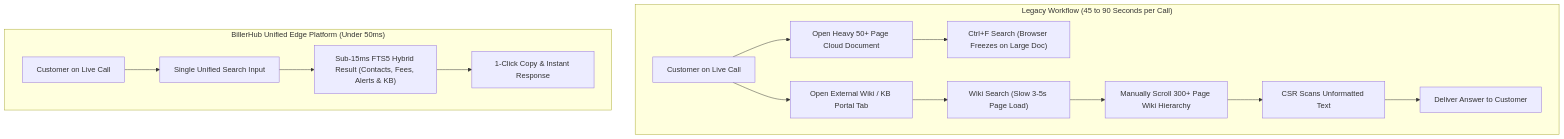
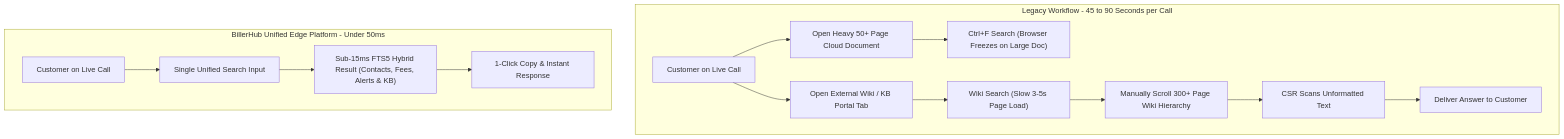
One commit to Harshil8136/chess-game1 changed the first of 8 diagrams in synced-docs/cf-admin/documentation/archive/DO NOT SCAN!/CLOUDFLARE_PROD_DEPLOYMENT_PLAN.md. Above: the diagram before and after it, drawn with Mermaid. The commit also changed other lines of this file and 4 other files, not shown here.

````diff
--- a/synced-docs/cf-admin/documentation/archive/DO NOT SCAN!/CLOUDFLARE_PROD_DEPLOYMENT_PLAN.md
+++ b/synced-docs/cf-admin/documentation/archive/DO NOT SCAN!/CLOUDFLARE_PROD_DEPLOYMENT_PLAN.md
@@ -30,18 +30,18 @@
 ```mermaid
 flowchart TD
-    subgraph LegacyWorkflow ["Legacy Workflow (45 to 90 Seconds per Call)"]
+    subgraph LegacyWorkflow [Legacy Workflow - 45 to 90 Seconds per Call]
         Call["Customer on Live Call"] --> OpenDoc["Open Heavy 50+ Page Cloud Document"]
         OpenDoc --> FindDoc["Ctrl+F Search (Browser Freezes on Large Doc)"]
         Call --> OpenWiki["Open External Wiki / KB Portal Tab"]
         OpenWiki --> WikiSearch["Wiki Search (Slow 3-5s Page Load)"]
         WikiSearch --> ScanText["Manually Scroll 300+ Page Wiki Hierarchy"]
         ScanText --> ReadRules["CSR Scans Unformatted Text"]
         ReadRules --> Answer["Deliver Answer to Customer"]
     end
 
-    subgraph BillerHubPlatform ["BillerHub Unified Edge Platform (Under 50ms)"]
+    subgraph BillerHubPlatform [BillerHub Unified Edge Platform - Under 50ms]
         Call2["Customer on Live Call"] --> BillerSearch["Single Unified Search Input"]
         BillerSearch --> InstantResult["Sub-15ms FTS5 Hybrid Result (Contacts, Fees, Alerts & KB)"]
         InstantResult --> OneClickCopy["1-Click Copy & Instant Response"]
     end
 ```
````
